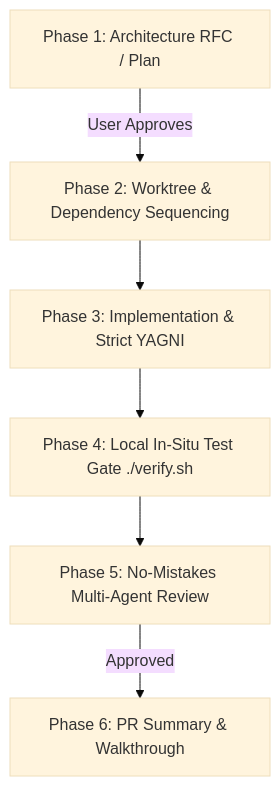
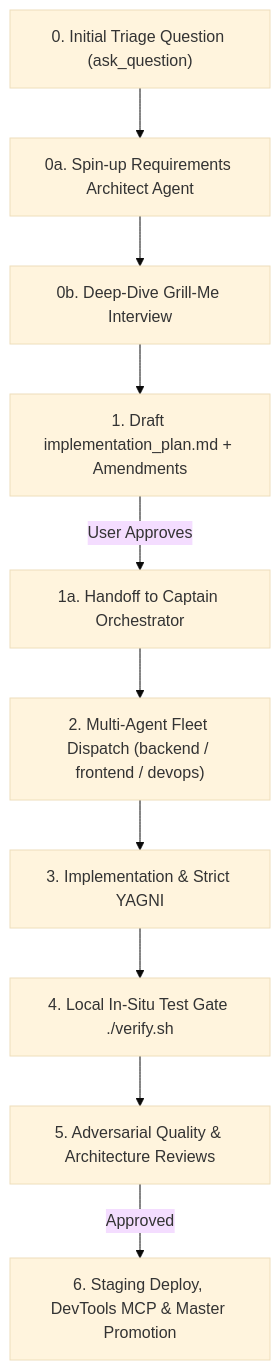
One commit to synology-dev-projects/quant-architecture changed the diagram in .agents/rules/feature-development-protocol.md. Above: the diagram before and after it, drawn with Mermaid (base theme). The commit also changed other lines of this file and 3 other files, not shown here.

Commit message:
docs: update architecture overview, multi-agent operations guide, and protocol governance

````diff
--- a/.agents/rules/feature-development-protocol.md
+++ b/.agents/rules/feature-development-protocol.md
@@ -13,8 +52,12 @@
 ```mermaid
 graph TD
-    A[Phase 1: Architecture RFC / Plan] -->|User Approves| B[Phase 2: Worktree & Dependency Sequencing]
-    B --> C[Phase 3: Implementation & Strict YAGNI]
-    C --> D[Phase 4: Local In-Situ Test Gate ./verify.sh]
-    D --> E[Phase 5: No-Mistakes Multi-Agent Review]
-    E -->|Approved| F[Phase 6: PR Summary & Walkthrough]
+    Triage["0. Initial Triage Question (ask_question)"] --> ReqAgent["0a. Spin-up Requirements Architect Agent"]
+    ReqAgent --> Grill["0b. Deep-Dive Grill-Me Interview"]
+    Grill --> Plan["1. Draft implementation_plan.md + Amendments"]
+    Plan -->|User Approves| Handoff["1a. Handoff to Captain Orchestrator"]
+    Handoff --> Fleet["2. Multi-Agent Fleet Dispatch (backend / frontend / devops)"]
+    Fleet --> Build["3. Implementation & Strict YAGNI"]
+    Build --> Test["4. Local In-Situ Test Gate ./verify.sh"]
+    Test --> Review["5. Adversarial Quality & Architecture Reviews"]
+    Review -->|Approved| Promote["6. Staging Deploy, DevTools MCP & Master Promotion"]
 ```
````
